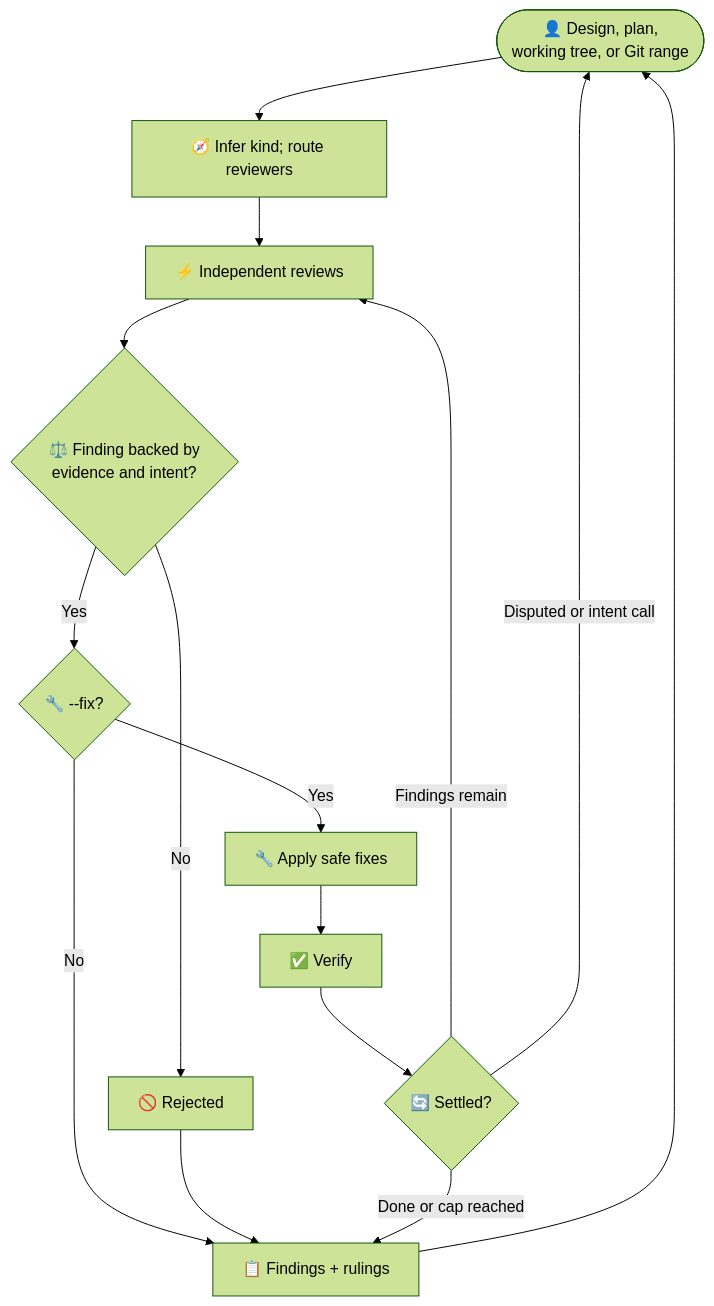
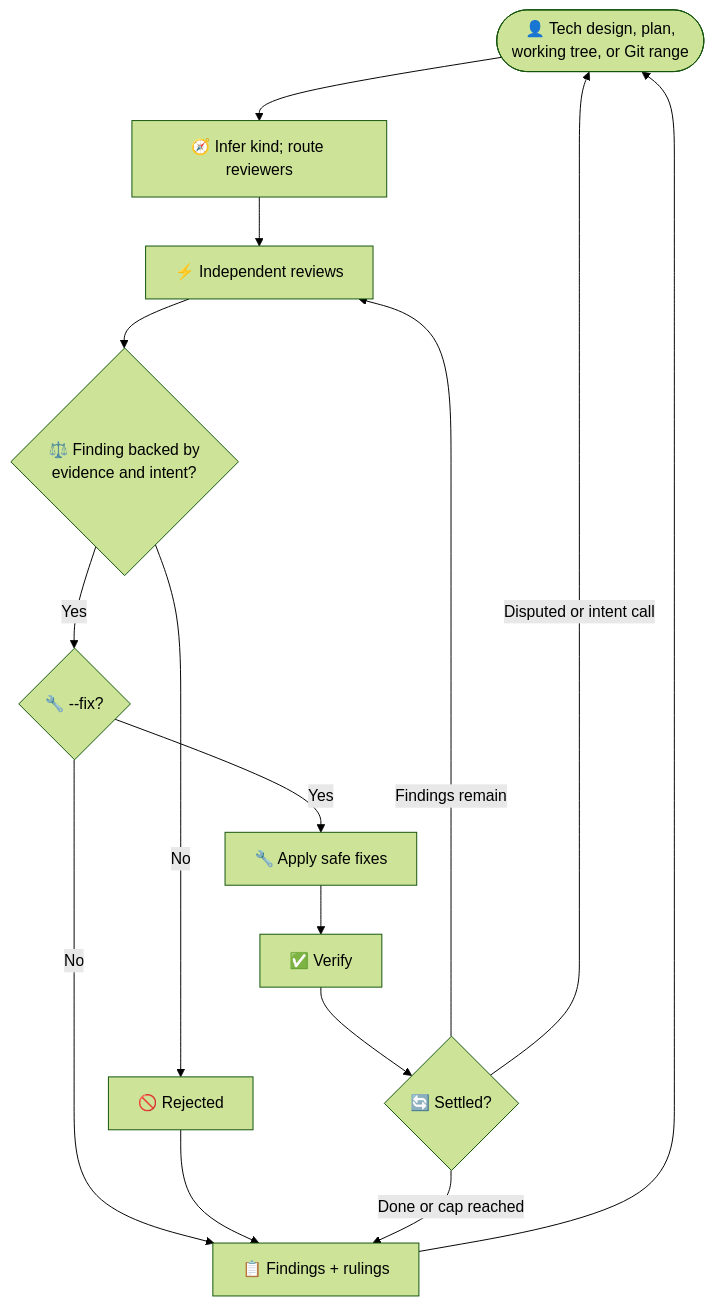
One commit to Gyunikuchan/dispatch-skills changed the diagram in skills/dispatch/references/readme/review.md. Above: the diagram before and after it, drawn with Mermaid (forest theme). The commit also changed 4 other files, not shown here.

First line of the commit message:
docs: simplify README diagram and label design steps as tech design

````diff
--- a/skills/dispatch/references/readme/review.md
+++ b/skills/dispatch/references/readme/review.md
@@ -11,17 +11,17 @@
 ```mermaid
 flowchart TD
-    User(["👤 Design, plan,<br/>working tree, or Git range"]) --> Route["🧭 Infer kind; route reviewers"]
+    User(["👤 Tech design, plan,<br/>working tree, or Git range"]) --> Route["🧭 Infer kind; route reviewers"]
     Route --> Review["⚡ Independent reviews"]
     Review --> Rule{"⚖️ Finding backed by<br/>evidence and intent?"}
     Rule -->|No| Reject["🚫 Rejected"]
     Rule -->|Yes| Fix{"🔧 --fix?"}
     Fix -->|No| Report["📋 Findings + rulings"]
     Reject --> Report
     Fix -->|Yes| Apply["🔧 Apply safe fixes"]
     Apply --> Verify["✅ Verify"]
     Verify --> Settled{"🔄 Settled?"}
     Settled -->|Findings remain| Review
     Settled -->|Done or cap reached| Report
     Settled -->|Disputed or intent call| User
     Report --> User
 ```
````
